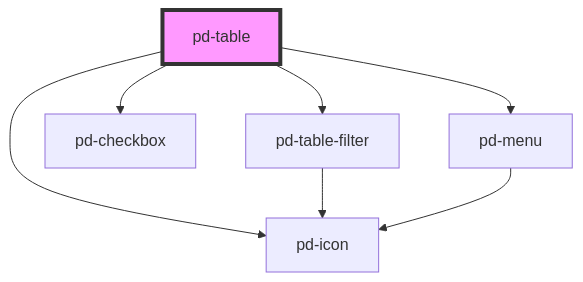
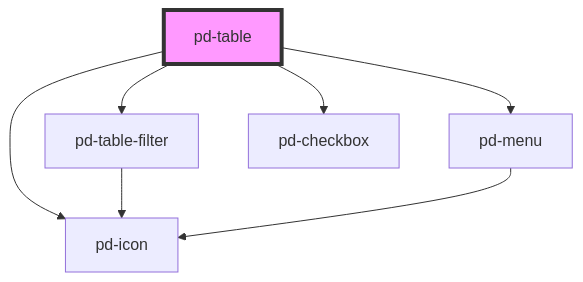
The diagram in src/components/pd-table/readme.md (Lambda-IT/parlamentsdienste-components), drawn with Mermaid before and after one commit. The commit also changed other lines of this file and 7 other files, not shown here.

````diff
--- a/src/components/pd-table/readme.md
+++ b/src/components/pd-table/readme.md
@@ -218,10 +236,10 @@
 ```mermaid
 graph TD;
   pd-table --> pd-table-filter
+  pd-table --> pd-menu
   pd-table --> pd-checkbox
-  pd-table --> pd-menu
   pd-table --> pd-icon
   pd-table-filter --> pd-icon
   pd-menu --> pd-icon
   style pd-table fill:#f9f,stroke:#333,stroke-width:4px
 ```
````
